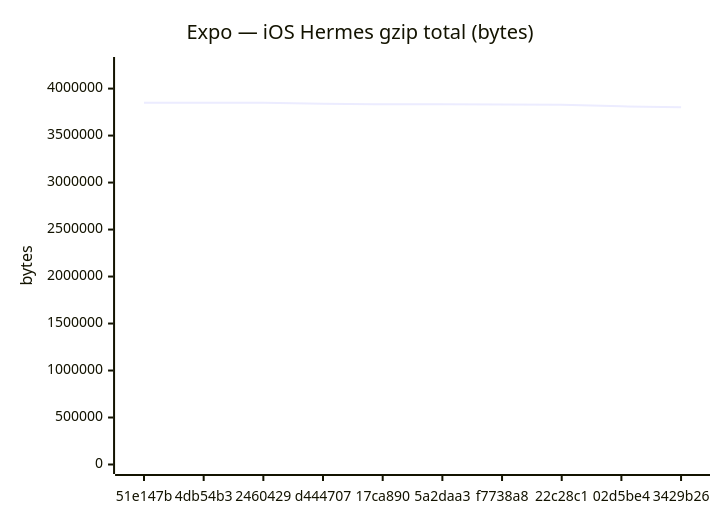
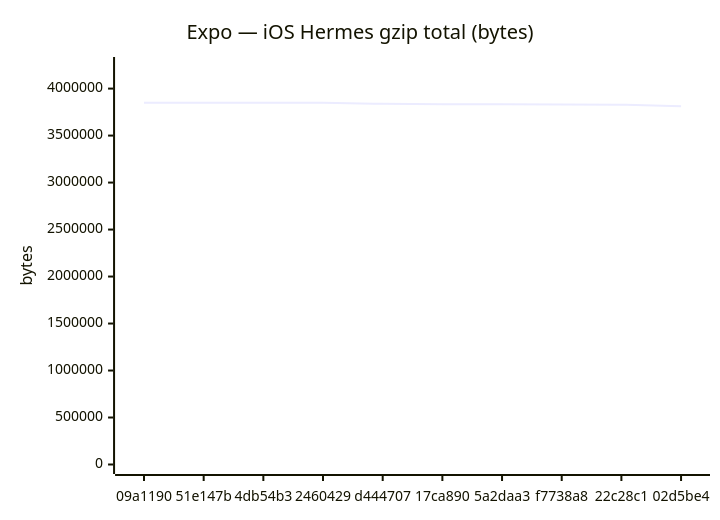
The sixth of 18 diagrams in benchmarks/compare.md (Metaheurist/Rianell), drawn with Mermaid before and after one commit. The commit also changed other lines of this file and 11 other files, not shown here.

````diff
--- a/benchmarks/compare.md
+++ b/benchmarks/compare.md
@@ -96,7 +96,7 @@
 ```mermaid
 xychart-beta
     title "Expo — iOS Hermes gzip total (bytes)"
-    x-axis ["51e147b", "4db54b3", "2460429", "d444707", "17ca890", "5a2daa3", "f7738a8", "22c28c1", "02d5be4", "3429b26"]
+    x-axis ["09a1190", "51e147b", "4db54b3", "2460429", "d444707", "17ca890", "5a2daa3", "f7738a8", "22c28c1", "02d5be4"]
     y-axis "bytes" 0 --> 4235116
-    line [3850105, 3850105, 3850104, 3837764, 3833771, 3832292, 3830296, 3828818, 3810818, 3801309]
+    line [3850104, 3850105, 3850105, 3850104, 3837764, 3833771, 3832292, 3830296, 3828818, 3810818]
 ```
````
